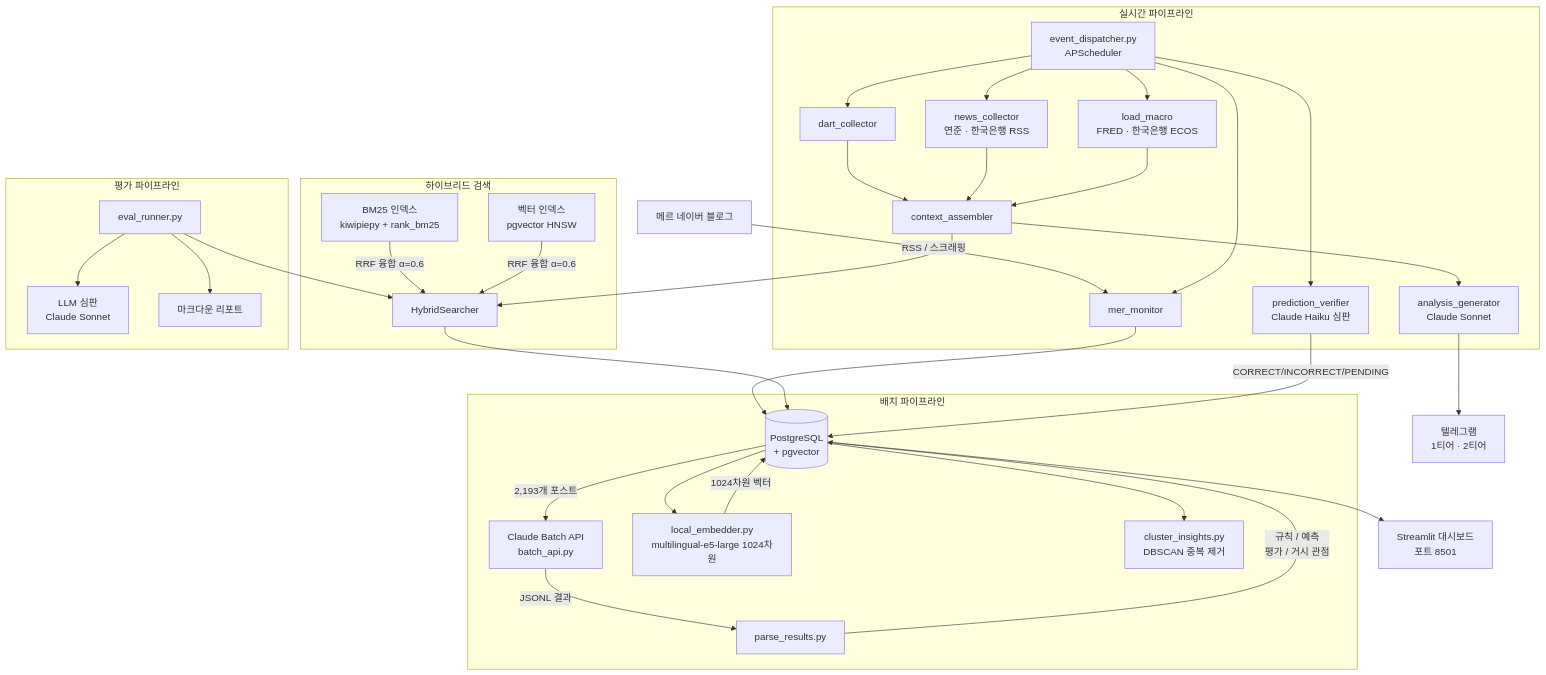
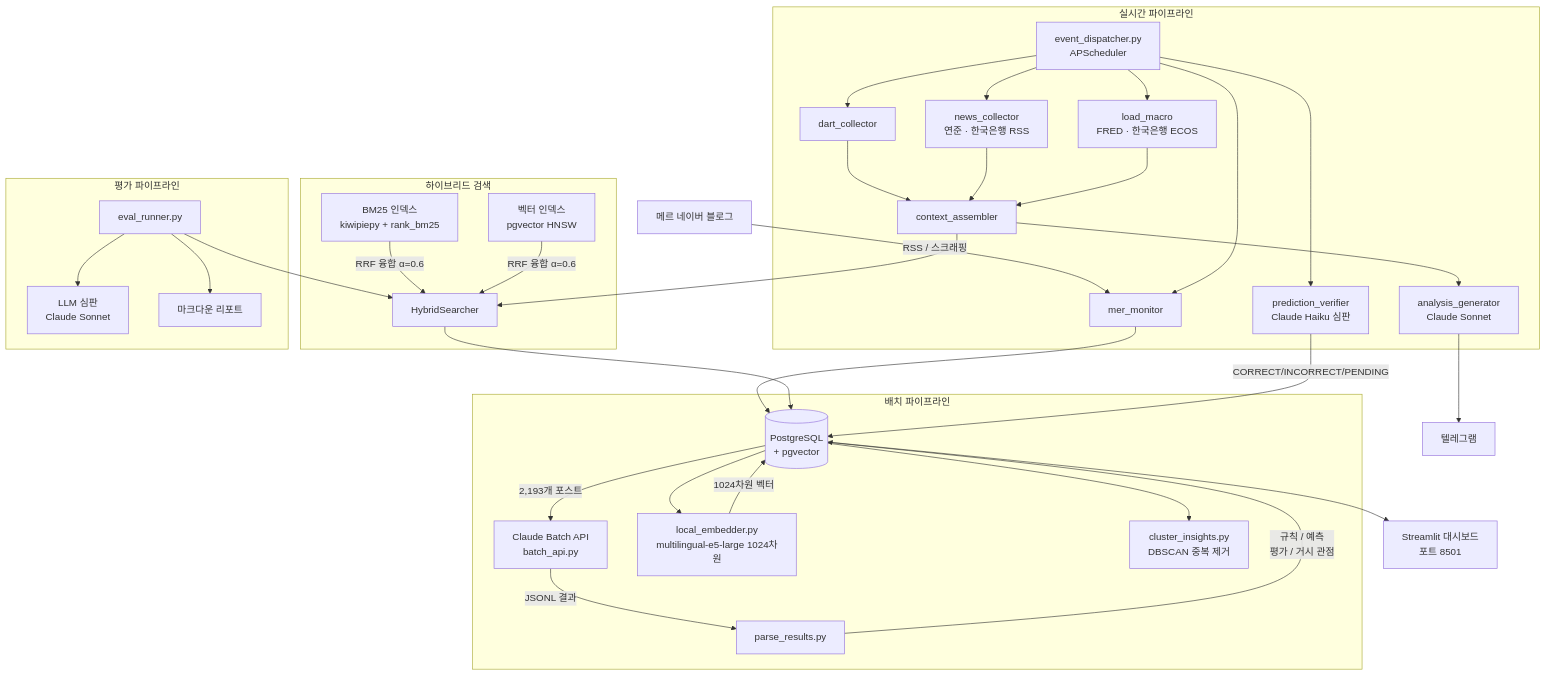
Before and after one commit to 11e3/mer-insight-pipeline: the diagram in README_KR.md, drawn with Mermaid. The commit also changed other lines of this file and 5 other files, not shown here.

````diff
--- a/README_KR.md
+++ b/README_KR.md
@@ -16,44 +16,44 @@
 ```mermaid
 flowchart TD
     A[메르 네이버 블로그] -->|RSS / 스크래핑| B[mer_monitor]
     B --> C[(PostgreSQL<br>+ pgvector)]
 
     subgraph 배치 파이프라인
         C -->|2,193개 포스트| D[Claude Batch API<br>batch_api.py]
         D -->|JSONL 결과| E[parse_results.py]
         E -->|규칙 / 예측<br>평가 / 거시 관점| C
         C --> F[local_embedder.py<br>multilingual-e5-large 1024차원]
         F -->|1024차원 벡터| C
         C --> G[cluster_insights.py<br>DBSCAN 중복 제거]
     end
 
     subgraph 하이브리드 검색
         HS1[BM25 인덱스<br>kiwipiepy + rank_bm25]
         HS2[벡터 인덱스<br>pgvector HNSW]
         HS1 & HS2 -->|RRF 융합 α=0.6| HS3[HybridSearcher]
     end
 
     HS3 --> C
 
     subgraph 실시간 파이프라인
         ED[event_dispatcher.py<br>APScheduler] --> B
         ED --> DC[dart_collector]
         ED --> NC[news_collector<br>연준 · 한국은행 RSS]
         ED --> LM[load_macro<br>FRED · 한국은행 ECOS]
         ED --> PV[prediction_verifier<br>Claude Haiku 심판]
         DC & NC & LM --> CA[context_assembler]
         CA --> HS3
         CA --> AG2[analysis_generator<br>Claude Sonnet]
         PV -->|CORRECT/INCORRECT/PENDING| C
     end
 
-    AG2 --> TG[텔레그램<br>1티어 · 2티어]
+    AG2 --> TG[텔레그램]
 
     subgraph 평가 파이프라인
         EV[eval_runner.py] --> HS3
         EV --> LJ[LLM 심판<br>Claude Sonnet]
         EV --> RPT[마크다운 리포트]
     end
 
     C --> Q[Streamlit 대시보드<br>포트 8501]
 ```
````
